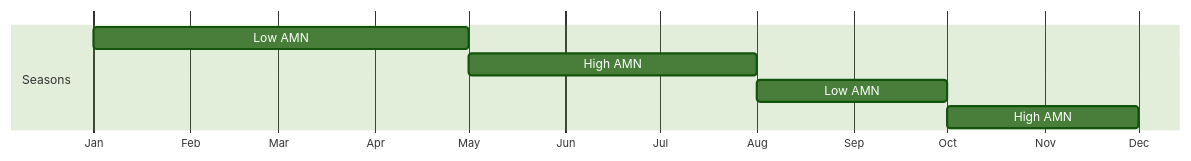
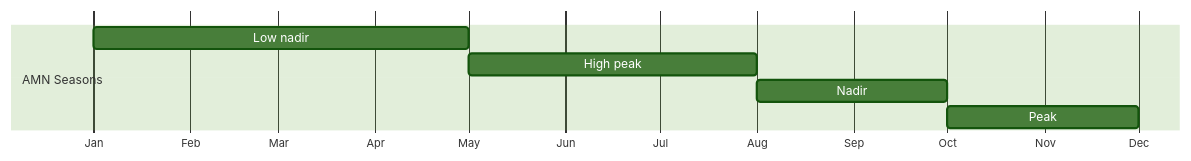
The sixth of 10 diagrams in report.qmd (nutimes/som-sam-admit), drawn with Mermaid (forest theme) before and after one commit. The commit also changed other lines of this file, not shown here.

````diff
--- a/report.qmd
+++ b/report.qmd
@@ -658,13 +658,13 @@
 ```{mermaid}
 %%| label: fig-amn-seasonal-calendar-urbanipds
 %%| fig-cap: AMN seasonal calendar for urban/IDPs livelihood systems
 gantt
     dateFormat M
     axisFormat %b
     todayMarker off
-    section Seasons
-    Low AMN :1, 5
-    High AMN :5, 8
-    Low AMN :8, 10
-    High AMN :10, 12
+    section AMN Seasons
+    Low nadir :1, 5
+    High peak :5, 8
+    Nadir :8, 10
+    Peak :10, 12
 ```
````
